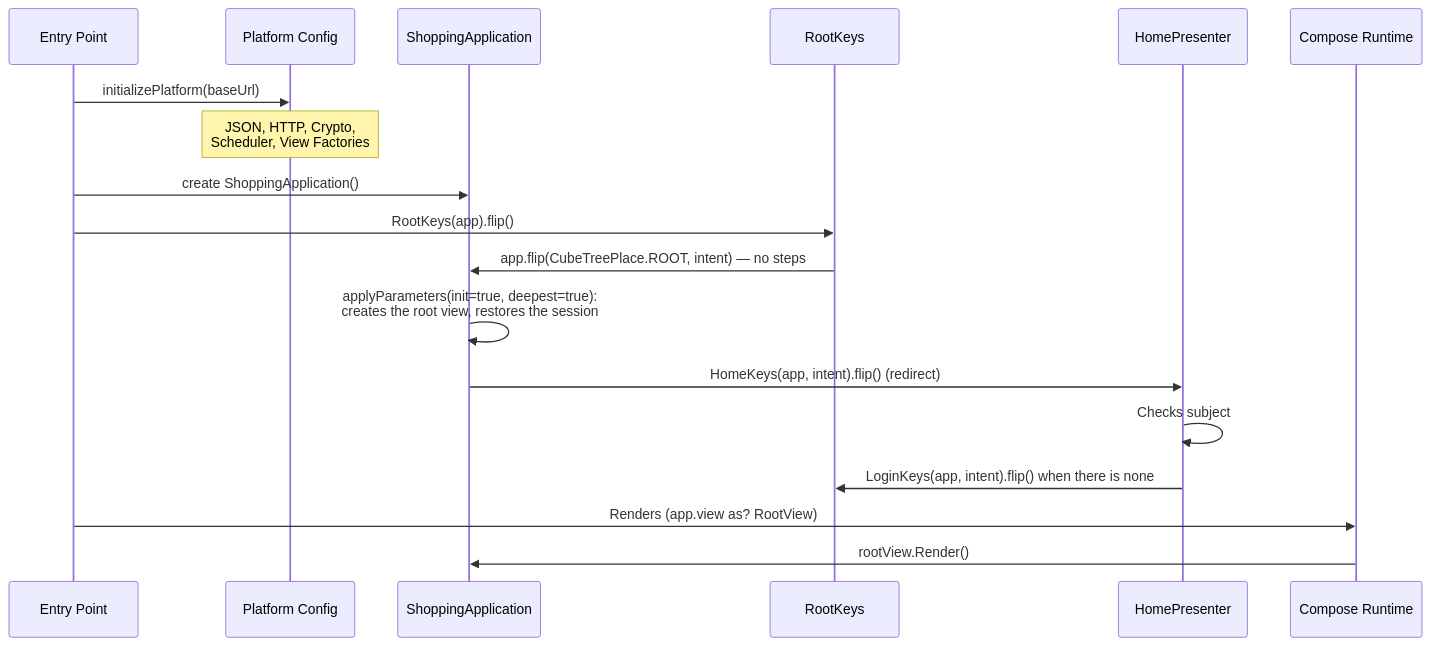
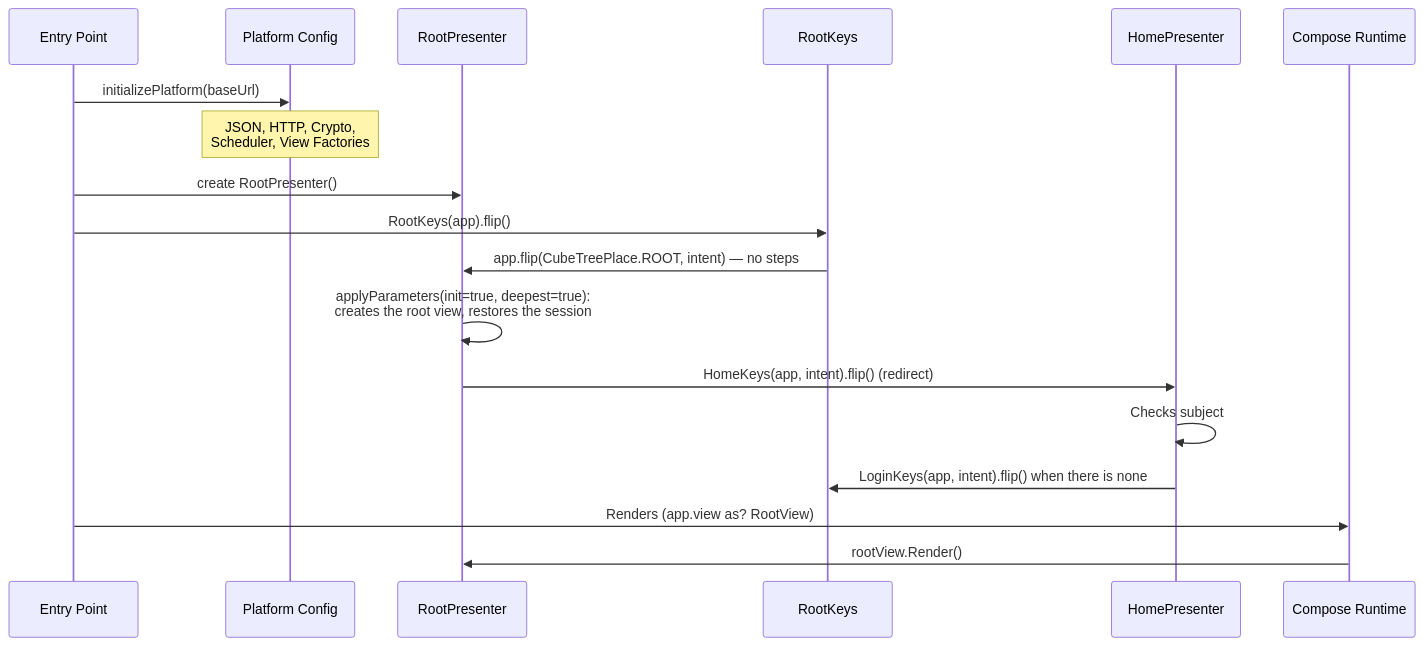
Before and after one commit to mrcdom/wdc-cube-kotlin: the ninth of 10 diagrams in docs/architecture.md, drawn with Mermaid. The commit also changed other lines of this file and 62 other files, not shown here.

First line of the commit message:
refactor(presentation): ShoppingApplication is RootPresenter

````diff
--- a/docs/architecture.md
+++ b/docs/architecture.md
@@ -492,23 +492,23 @@
 ```mermaid
 sequenceDiagram
     participant Main as Entry Point
     participant Platform as Platform Config
-    participant App as ShoppingApplication
+    participant App as RootPresenter
     participant Keys as RootKeys
     participant Home as HomePresenter
     participant Compose as Compose Runtime
 
     Main->>Platform: initializePlatform(baseUrl)
     Note over Platform: JSON, HTTP, Crypto,<br/>Scheduler, View Factories
 
-    Main->>App: create ShoppingApplication()
+    Main->>App: create RootPresenter()
     Main->>Keys: RootKeys(app).flip()
     Keys->>App: app.flip(CubeTreePlace.ROOT, intent) — no steps
     App->>App: applyParameters(init=true, deepest=true):<br/>creates the root view, restores the session
     App->>Home: HomeKeys(app, intent).flip() (redirect)
     Home->>Home: Checks subject
     Home->>Keys: LoginKeys(app, intent).flip() when there is none
 
     Main->>Compose: Renders (app.view as? RootView)
     Compose->>App: rootView.Render()
 ```
````
